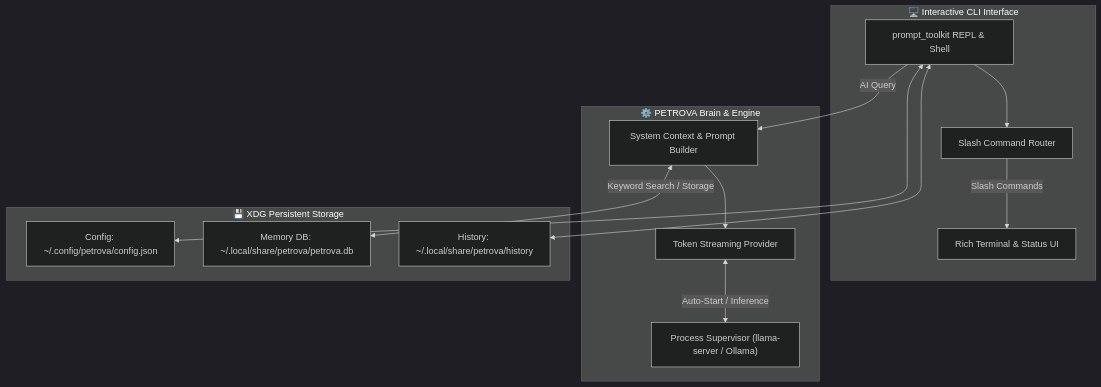
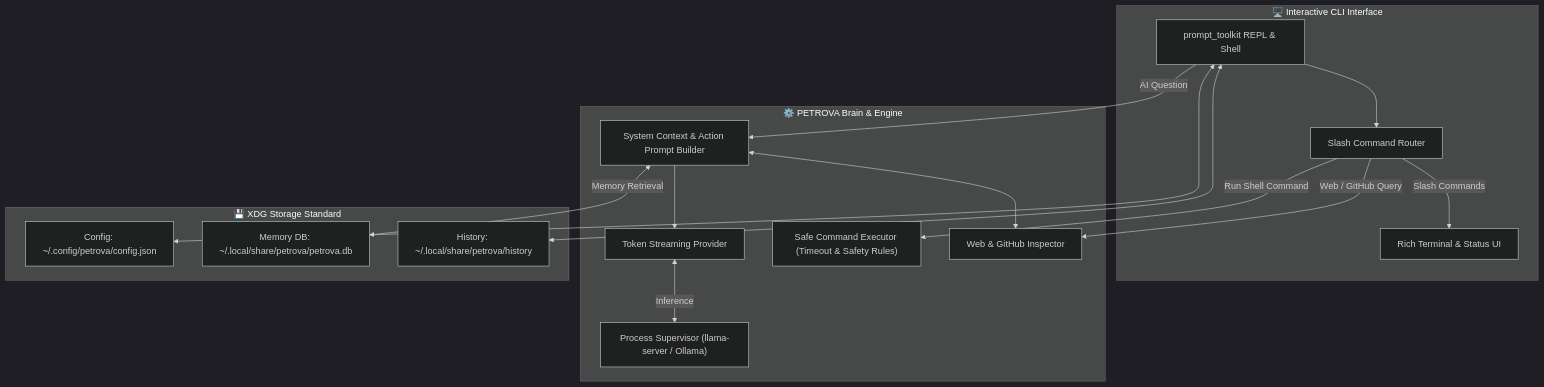
One commit to Priyanshukumar2904/PETROVA changed the diagram in README.md. Above: the diagram before and after it, drawn with Mermaid (dark theme). The commit also changed other lines of this file and 2 other files, not shown here.

Commit message:
Add vector banner, interactive terminal demo illustration, and complete README documentation

````diff
--- a/README.md
+++ b/README.md
@@ -81,29 +100,34 @@
 ```mermaid
 flowchart TD
-    subgraph CLI["🖥️ Interactive CLI Interface"]
+    subgraph Terminal["🖥️ Interactive CLI Interface"]
         A["prompt_toolkit REPL & Shell"]
         B["Rich Terminal & Status UI"]
         C["Slash Command Router"]
     end
 
     subgraph Core["⚙️ PETROVA Brain & Engine"]
-        D["System Context & Prompt Builder"]
+        D["System Context & Action Prompt Builder"]
         E["Token Streaming Provider"]
         F["Process Supervisor (llama-server / Ollama)"]
+        G["Safe Command Executor (Timeout & Safety Rules)"]
+        H["Web & GitHub Inspector"]
     end
 
-    subgraph Storage["💾 XDG Persistent Storage"]
-        G["Config: ~/.config/petrova/config.json"]
-        H["Memory DB: ~/.local/share/petrova/petrova.db"]
-        I["History: ~/.local/share/petrova/history"]
+    subgraph Storage["💾 XDG Storage Standard"]
+        I["Config: ~/.config/petrova/config.json"]
+        J["Memory DB: ~/.local/share/petrova/petrova.db"]
+        K["History: ~/.local/share/petrova/history"]
     end
 
     A --> C
     C -->|Slash Commands| B
-    A -->|AI Query| D
+    C -->|Run Shell Command| G
+    C -->|Web / GitHub Query| H
+    A -->|AI Question| D
     D --> E
-    E <-->|Auto-Start / Inference| F
-    D <-->|Keyword Search / Storage| H
-    A <--> G
+    D <--> H
+    E <-->|Inference| F
+    D <-->|Memory Retrieval| J
     A <--> I
+    A <--> K
 ```
````
